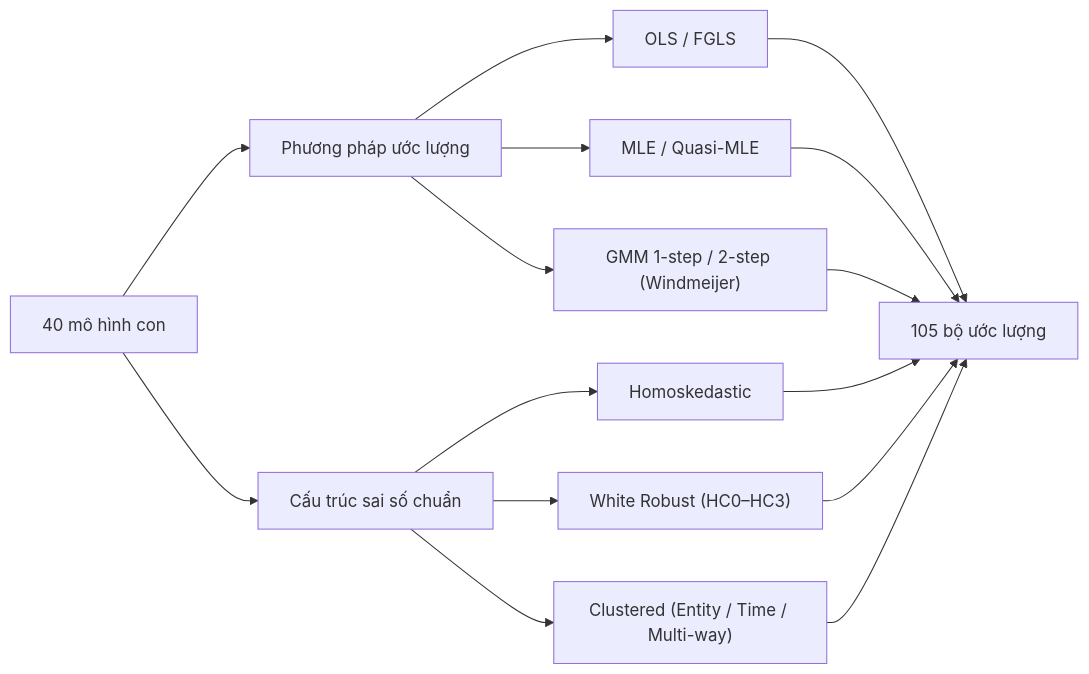
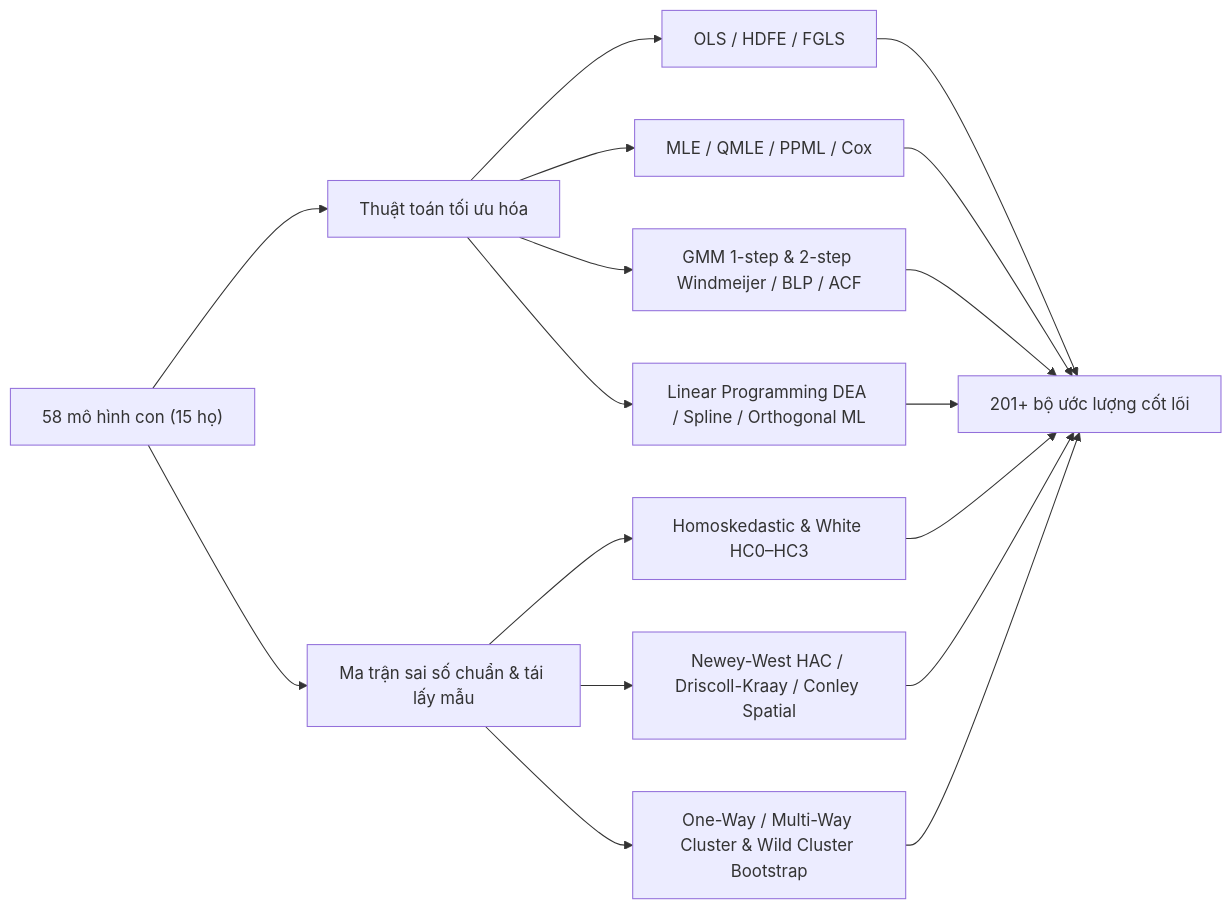
One commit to vietlod/docs changed the second of 2 diagrams in docs/ecolab/model/group.md. Above: the diagram before and after it, drawn with Mermaid. The commit also changed other lines of this file and 41 other files, not shown here.

````diff
--- a/docs/ecolab/model/group.md
+++ b/docs/ecolab/model/group.md
@@ -71,17 +77,19 @@
 ```mermaid
 flowchart LR
-    M["40 mô hình con"] --> O["Phương pháp ước lượng"]
-    M --> S["Cấu trúc sai số chuẩn"]
-    O --> O1["OLS / FGLS"]
-    O --> O2["MLE / Quasi-MLE"]
-    O --> O3["GMM 1-step / 2-step (Windmeijer)"]
-    S --> S1["Homoskedastic"]
-    S --> S2["White Robust (HC0–HC3)"]
-    S --> S3["Clustered (Entity / Time / Multi-way)"]
-    O1 --> R["105 bộ ước lượng"]
+    M["58 mô hình con (15 họ)"] --> O["Thuật toán tối ưu hóa"]
+    M --> S["Ma trận sai số chuẩn & tái lấy mẫu"]
+    O --> O1["OLS / HDFE / FGLS"]
+    O --> O2["MLE / QMLE / PPML / Cox"]
+    O --> O3["GMM 1-step & 2-step Windmeijer / BLP / ACF"]
+    O --> O4["Linear Programming DEA / Spline / Orthogonal ML"]
+    S --> S1["Homoskedastic & White HC0–HC3"]
+    S --> S2["Newey-West HAC / Driscoll-Kraay / Conley Spatial"]
+    S --> S3["One-Way / Multi-Way Cluster & Wild Cluster Bootstrap"]
+    O1 --> R["201+ bộ ước lượng cốt lõi"]
     O2 --> R
     O3 --> R
+    O4 --> R
     S1 --> R
     S2 --> R
     S3 --> R
 ```
````
